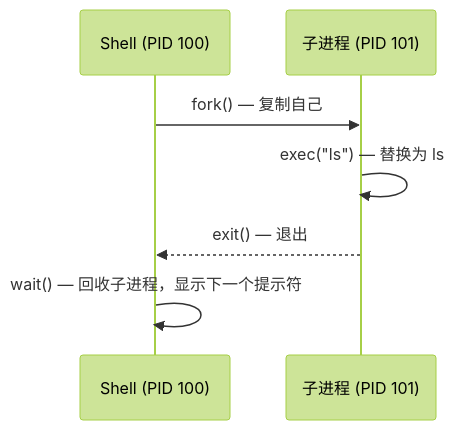
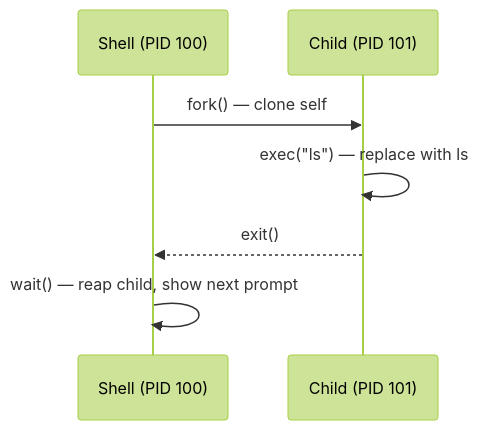
The diagram in course/process/01-lifecycle.md (lilhammerfun/hands-on-os), drawn with Mermaid (forest theme) before and after one commit. The commit also changed other lines of this file and 3 other files, not shown here.

````diff
--- a/course/process/01-lifecycle.md
+++ b/course/process/01-lifecycle.md
@@ -9,10 +9,10 @@
 ```mermaid
 sequenceDiagram
     participant Shell as Shell (PID 100)
-    participant Child as 子进程 (PID 101)
+    participant Child as Child (PID 101)
 
-    Shell->>Child: fork() — 复制自己
-    Child->>Child: exec("ls") — 替换为 ls
-    Child-->>Shell: exit() — 退出
-    Shell->>Shell: wait() — 回收子进程，显示下一个提示符
+    Shell->>Child: fork() — clone self
+    Child->>Child: exec("ls") — replace with ls
+    Child-->>Shell: exit()
+    Shell->>Shell: wait() — reap child, show next prompt
 ```
````
